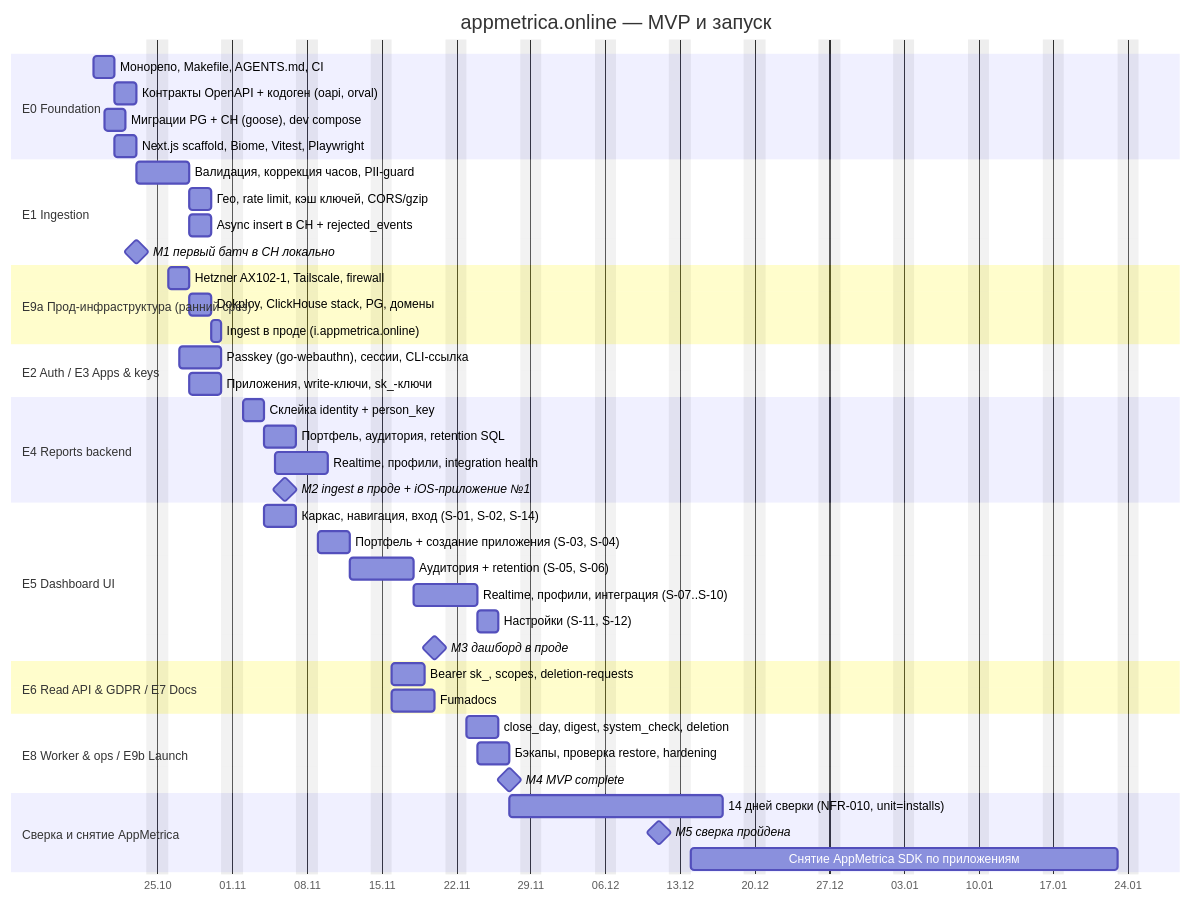
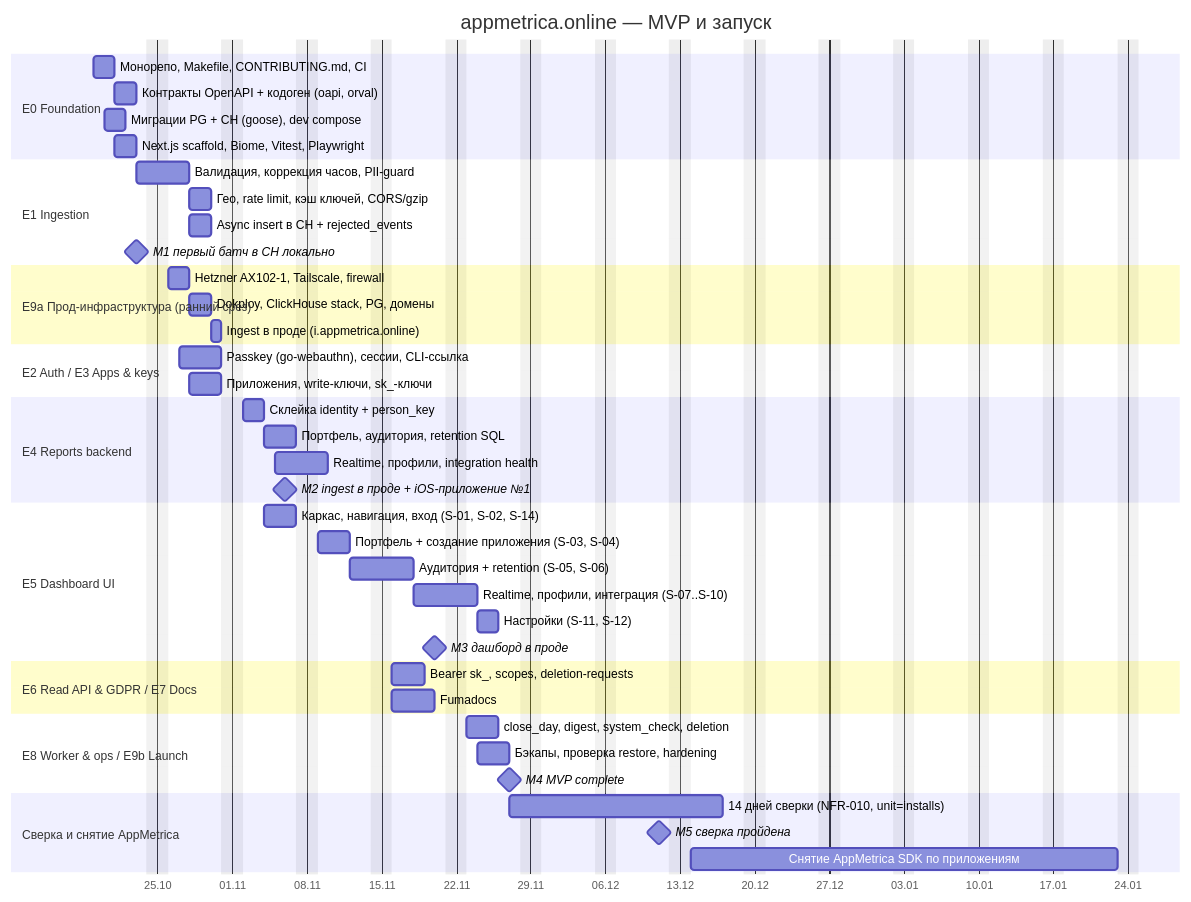
One commit to InstaRobot/appmetrica.online changed the diagram in docs/discovery/2026-10-13-appmetrica-online/08-roadmap.md. Above: the diagram before and after it, drawn with Mermaid. The commit also changed other lines of this file and 28 other files, not shown here.

````diff
--- a/docs/discovery/2026-10-13-appmetrica-online/08-roadmap.md
+++ b/docs/discovery/2026-10-13-appmetrica-online/08-roadmap.md
@@ -21,56 +20,56 @@
 ```mermaid
 gantt
     title appmetrica.online — MVP и запуск
     dateFormat YYYY-MM-DD
     axisFormat %d.%m
     excludes weekends
 
     section E0 Foundation
-    Монорепо, Makefile, AGENTS.md, CI           :e0a, 2026-10-19, 2d
+    Монорепо, Makefile, CONTRIBUTING.md, CI           :e0a, 2026-10-19, 2d
     Контракты OpenAPI + кодоген (oapi, orval)    :e0b, after e0a, 2d
     Миграции PG + CH (goose), dev compose        :e0c, 2026-10-20, 2d
     Next.js scaffold, Biome, Vitest, Playwright  :e0d, 2026-10-21, 2d
 
     section E1 Ingestion
     Валидация, коррекция часов, PII-guard        :e1a, after e0b e0c, 3d
     Гео, rate limit, кэш ключей, CORS/gzip       :e1b, after e1a, 2d
     Async insert в CH + rejected_events          :e1c, after e1a, 2d
     M1 первый батч в CH локально                 :milestone, m1, 2026-10-23, 0d
 
     section E9a Прод-инфраструктура (ранний срез)
     Hetzner AX102-1, Tailscale, firewall         :e9a, 2026-10-26, 2d
     Dokploy, ClickHouse stack, PG, домены        :e9b, after e9a, 2d
     Ingest в проде (i.appmetrica.online)         :e9c, after e9b e1c, 1d
 
     section E2 Auth / E3 Apps & keys
     Passkey (go-webauthn), сессии, CLI-ссылка    :e2a, 2026-10-27, 4d
     Приложения, write-ключи, sk_-ключи           :e3a, 2026-10-28, 3d
 
     section E4 Reports backend
     Склейка identity + person_key                :e4a, 2026-11-02, 2d
     Портфель, аудитория, retention SQL           :e4b, after e4a, 3d
     Realtime, профили, integration health        :e4c, 2026-11-05, 3d
     M2 ingest в проде + iOS-приложение №1        :milestone, m2, 2026-11-06, 0d
 
     section E5 Dashboard UI
     Каркас, навигация, вход (S-01, S-02, S-14)   :e5a, 2026-11-04, 3d
     Портфель + создание приложения (S-03, S-04)  :e5b, after e5a, 3d
     Аудитория + retention (S-05, S-06)           :e5c, after e5b e4b, 4d
     Realtime, профили, интеграция (S-07..S-10)   :e5d, after e5c, 4d
     Настройки (S-11, S-12)                       :e5e, after e5d, 2d
     M3 дашборд в проде                           :milestone, m3, 2026-11-20, 0d
 
     section E6 Read API & GDPR / E7 Docs
     Bearer sk_, scopes, deletion-requests        :e6a, 2026-11-16, 3d
     Fumadocs: гайды + API reference              :e7a, 2026-11-16, 4d
 
     section E8 Worker & ops / E9b Launch
     close_day, digest, system_check, deletion    :e8a, 2026-11-23, 3d
     Бэкапы, проверка restore, hardening          :e9d, 2026-11-24, 3d
     M4 MVP complete                              :milestone, m4, 2026-11-27, 0d
 
     section Сверка и снятие AppMetrica
     14 дней сверки (NFR-010, unit=installs)      :r1, 2026-11-27, 14d
     M5 сверка пройдена                           :milestone, m5, 2026-12-11, 0d
     Снятие AppMetrica SDK по приложениям         :r2, 2026-12-14, 30d
 ```
````
